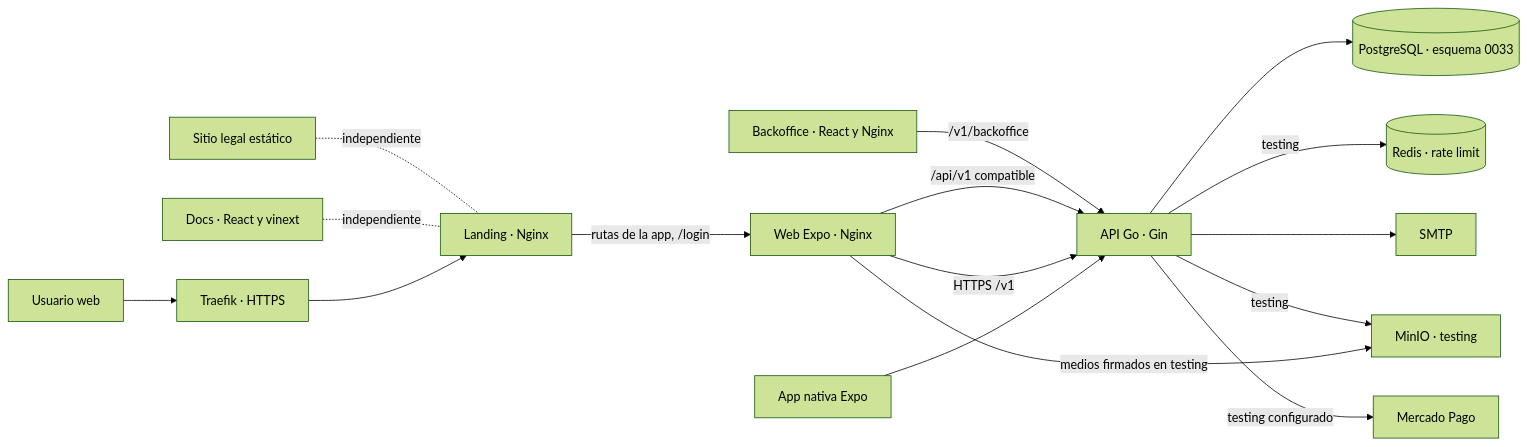
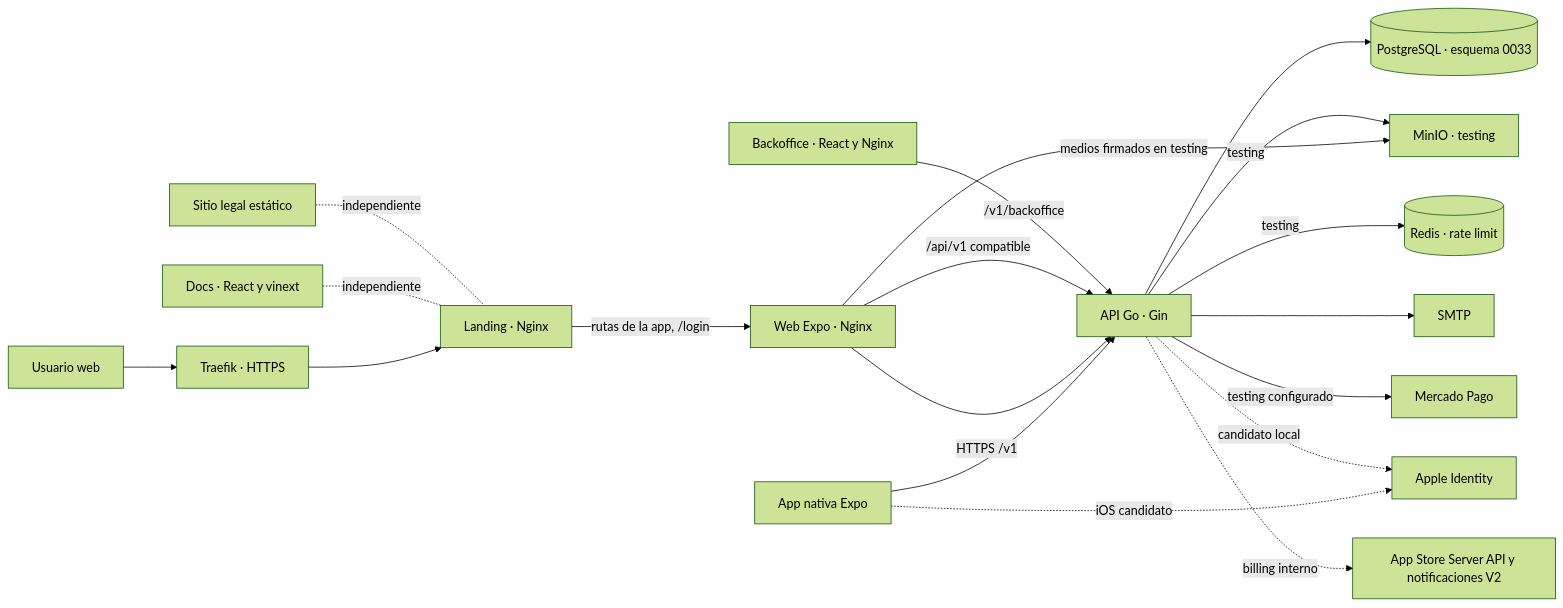
The diagram in docs/architecture/02-containers.md (gagonzalez1/puntazo-docs), drawn with Mermaid (forest theme) before and after one commit. The commit also changed other lines of this file and 16 other files, not shown here.

Commit message:
Document iOS variants, Apple contracts and local verification evidence

````diff
--- a/docs/architecture/02-containers.md
+++ b/docs/architecture/02-containers.md
@@ -19,22 +21,25 @@
 ```mermaid
 flowchart LR
  U[Usuario web] --> T[Traefik · HTTPS]
  T --> L[Landing · Nginx]
  L -->|rutas de la app, /login| W[Web Expo · Nginx]
  N[App nativa Expo] --> API[API Go · Gin]
  W -->|HTTPS /v1| API
  W -->|/api/v1 compatible| API
  W -->|medios firmados en testing| S[MinIO · testing]
  B[Backoffice · React y Nginx] -->|/v1/backoffice| API
  API --> DB[(PostgreSQL · esquema 0033)]
  API -->|testing| R[(Redis · rate limit)]
  API -->|testing| S
  API --> E[SMTP]
  API -->|testing configurado| MP[Mercado Pago]
+ N -. iOS candidato .-> AI[Apple Identity]
+ API -. candidato local .-> AI
+ API -. billing interno .-> AS[App Store Server API y notificaciones V2]
  D[Docs · React y vinext] -. independiente .- L
  LEG[Sitio legal estático] -. independiente .- L
  click API href "#/backend-components" "Ver backend"
  click W href "#/frontend-components" "Ver frontend"
  click DB href "#/data-current" "Ver datos"
  click B href "#/backoffice-architecture" "Ver Backoffice"
 ```
````
